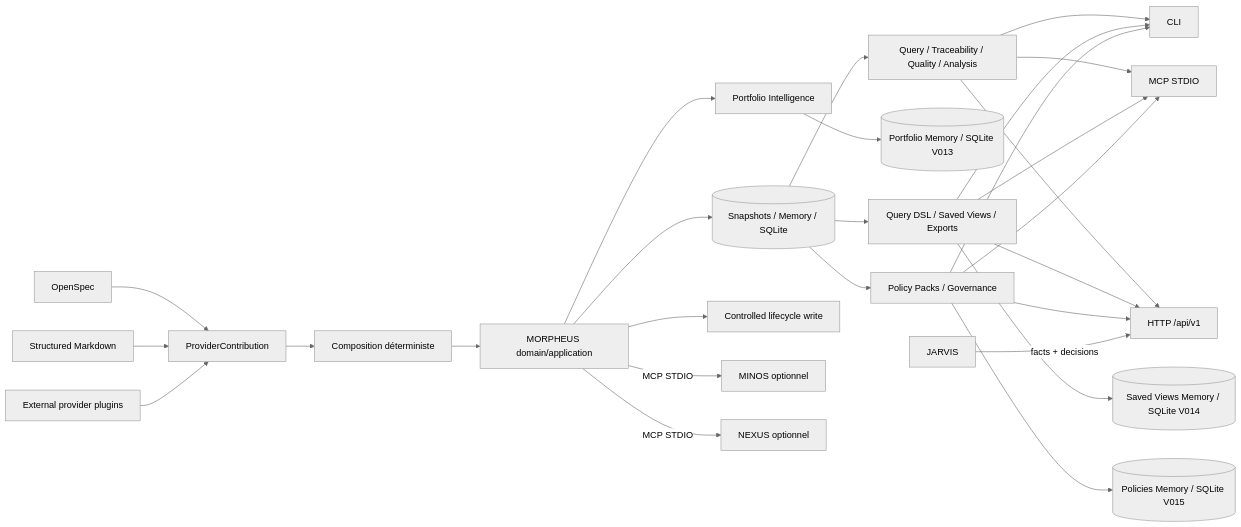
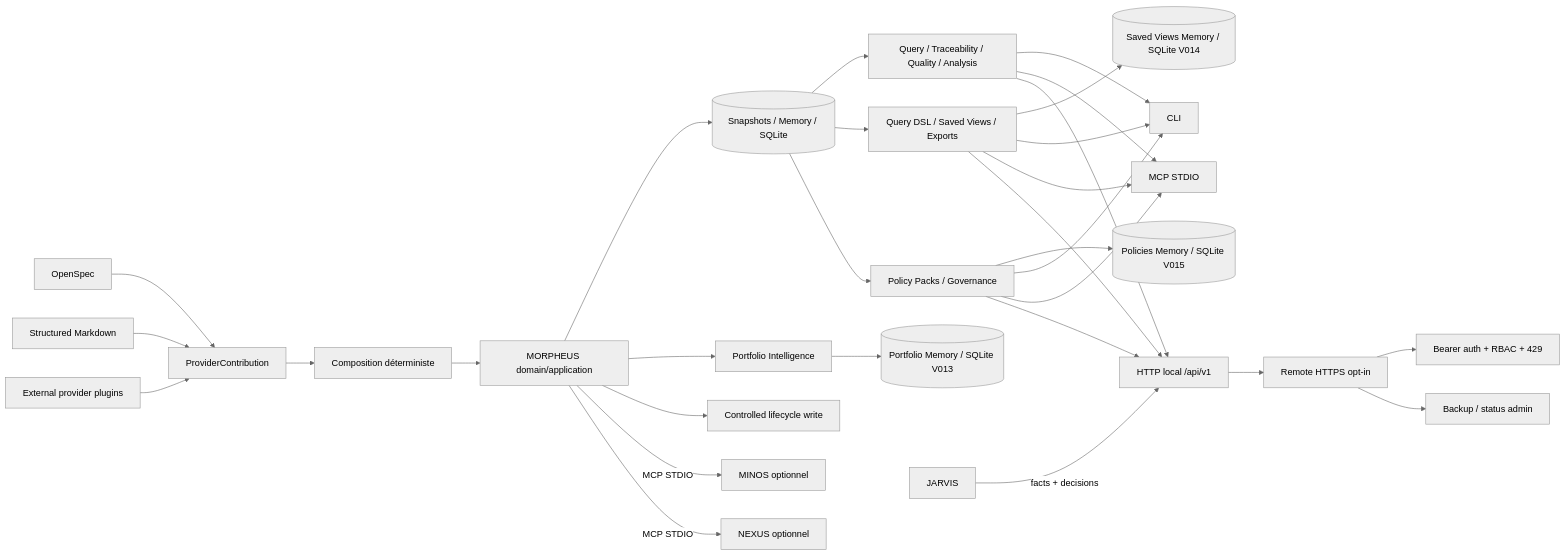
The diagram in docs/README.md (FTurleque/morpheus-engine), drawn with Mermaid (neutral theme) before and after one commit. The commit also changed other lines of this file, not shown here.

````diff
--- a/docs/README.md
+++ b/docs/README.md
@@ -69,29 +73,32 @@
 ```mermaid
 flowchart LR
     O[OpenSpec] --> PC[ProviderContribution]
     MD[Structured Markdown] --> PC
     XP[External provider plugins] --> PC
     PC --> C[Composition déterministe]
     C --> M[MORPHEUS domain/application]
     M --> S[(Snapshots / Memory / SQLite)]
     S --> Q[Query / Traceability / Quality / Analysis]
     M --> P[Portfolio Intelligence]
     P --> PS[(Portfolio Memory / SQLite V013)]
     S --> D[Query DSL / Saved Views / Exports]
     D --> SV[(Saved Views Memory / SQLite V014)]
     S --> G[Policy Packs / Governance]
     G --> PG[(Policies Memory / SQLite V015)]
     Q --> CLI[CLI]
     D --> CLI
     G --> CLI
     Q --> MCP[MCP STDIO]
     D --> MCP
     G --> MCP
-    Q --> API[HTTP /api/v1]
+    Q --> API[HTTP local /api/v1]
     D --> API
     G --> API
+    API --> R[Remote HTTPS opt-in]
+    R --> A[Bearer auth + RBAC + 429]
+    R --> B[Backup / status admin]
     M --> W[Controlled lifecycle write]
     M -->|MCP STDIO| MINOS[MINOS optionnel]
     M -->|MCP STDIO| NEXUS[NEXUS optionnel]
     J[JARVIS] -->|facts + decisions| API
 ```
````
